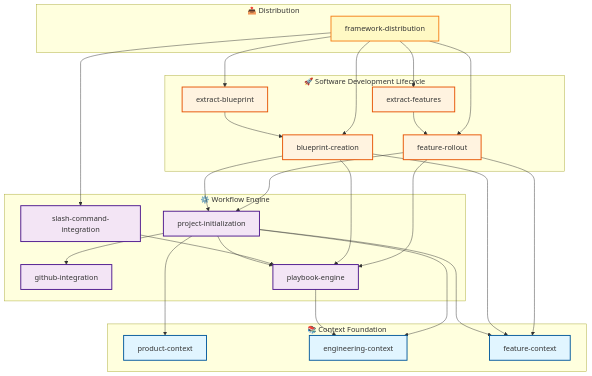
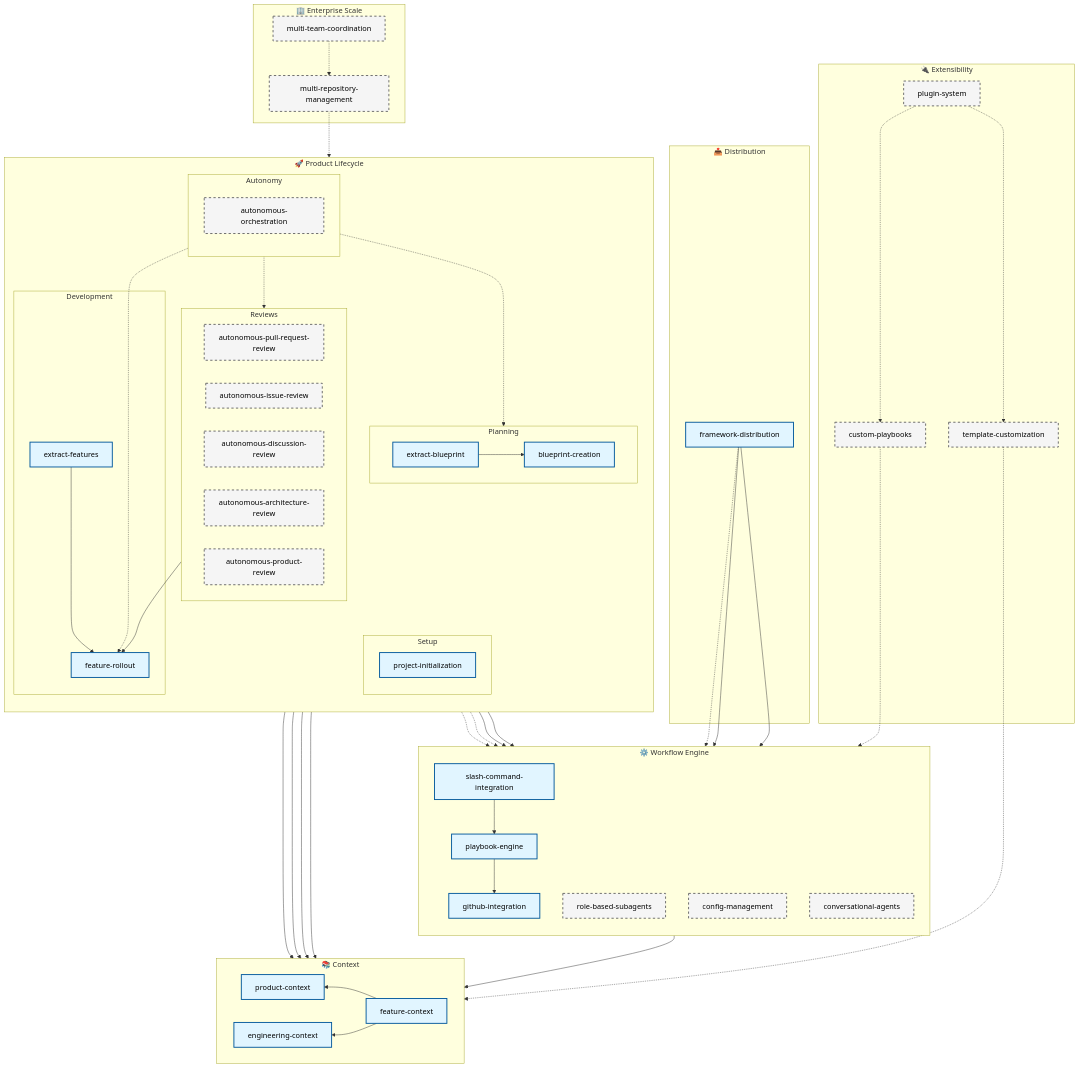
Before and after one commit to Xerilium/catalyst: the diagram in .xe/specs/blueprint/plan.md, drawn with Mermaid. The commit also changed other lines of this file and 3 other files, not shown here.

````diff
--- a/.xe/specs/blueprint/plan.md
+++ b/.xe/specs/blueprint/plan.md
@@ -334,63 +333,106 @@
 ```mermaid
-graph TD
-    %% Context Foundation - just templates
-    subgraph context["📚 Context Foundation"]
+graph TB
+    subgraph context["📚 Context"]
+        direction RL
         pc[product-context]
         ec[engineering-context]
         fc[feature-context]
+        fc --> pc
+        fc --> ec
     end
 
-    %% Workflow Engine - execution infrastructure + integrations
     subgraph engine["⚙️ Workflow Engine"]
+        direction TB
         gh[github-integration]
         pe[playbook-engine]
-        pi[project-initialization]
+        pe --> ec
+        pe --> gh
         sc[slash-command-integration]
+        sc --> pe
+        rbs[role-based-subagents]
+        cm[config-management]
+        ca[conversational-agents]
     end
 
-    %% Software Development Lifecycle - end-to-end product engineering
-    subgraph sdlc["🚀 Software Development Lifecycle"]
-        bc[blueprint-creation]
-        fr[feature-rollout]
-        ef[extract-features]
-        eb[extract-blueprint]
+    subgraph sdlc["🚀 Product Lifecycle"]
+        direction TB
+
+        subgraph planning["Planning"]
+            direction LR
+
+            bc[blueprint-creation]
+            bc --> fc
+            eb[extract-blueprint]
+            eb --> bc
+        end
+
+        subgraph reviews["Reviews"]
+            aprr[autonomous-pull-request-review]
+            air[autonomous-issue-review]
+            adr[autonomous-discussion-review]
+            aar[autonomous-architecture-review]
+            apr[autonomous-product-review]
+        end
+
+        subgraph development["Development"]
+            fr[feature-rollout]
+            fr --> fc
+            ef[extract-features]
+            ef --> fr
+        end
+
+        subgraph init["Setup"]
+            pi[project-initialization]
+            pi --> pc
+            pi --> ec
+            pi --> gh
+            pi --> pe
+        end
+
+        subgraph autonomy["Autonomy"]
+            direction TB
+            ao[autonomous-orchestration]
+            ao -.-> rbs
+            ao -.-> cm
+            ao -.-> bc
+        end
+        ao -.-> fr
+        ao -.-> reviews
+    end
+    reviews --> fr
+
+    subgraph dist["📤 Distribution"]
+        fd[framework-distribution]
+        fd --> sc
+        fd --> pe
+        fd -.-> rbs
     end
 
-    %% Distribution
-    subgraph dist["📤 Distribution"]
-        fd[framework-distribution]
+    subgraph extensibility["🔌 Extensibility"]
+        tc[template-customization]
+        cp[custom-playbooks]
+        cp -.-> pe
+        ps[plugin-system]
+        ps -.-> tc
+        ps -.-> cp
     end
 
-    %% Dependencies (arrows point TO what you need)
-    pe --> ec
-    pi --> pc
-    pi --> ec
-    pi --> fc
-    pi --> gh
-    pi --> pe
-    sc --> pe
-    bc --> pe
-    bc --> pi
-    bc --> fc
-    fr --> pe
-    fr --> pi
-    fr --> fc
-    ef --> fr
-    eb --> bc
-    fd --> sc
-    fd --> bc
-    fd --> fr
-    fd --> ef
-    fd --> eb
+    subgraph enterprise["🏢 Enterprise Scale"]
+        mrm[multi-repository-management]
+        mrm -.-> ao
+        mtc[multi-team-coordination]
+        mtc -.-> mrm
+    end
 
-    %% Styling
-    classDef contextStyle fill:#e1f5ff,stroke:#01579b,stroke-width:2px
-    classDef engineStyle fill:#f3e5f5,stroke:#4a148c,stroke-width:2px
-    classDef sdlcStyle fill:#fff3e0,stroke:#e65100,stroke-width:2px
-    classDef distStyle fill:#fff9c4,stroke:#f57f17,stroke-width:2px
+    tc -.-> context
 
-    class pc,ec,fc contextStyle
-    class gh,pe,pi,sc engineStyle
-    class bc,fr,ef,eb sdlcStyle
-    class fd distStyle
+    %% Styling - Phase 1 (solid outline)
+    classDef phase1Style fill:#e1f5ff,stroke:#01579b,stroke-width:2px,color:#000
+
+    %% Phase 2+ (dashed outline, lighter fill)
+    classDef phase2PlusStyle fill:#f5f5f5,stroke:#666,stroke-width:2px,stroke-dasharray: 5 5,color:#000
+
+    %% Apply styles
+    class pc,ec,fc,gh,pe,sc,pi,bc,fr,ef,eb,fd phase1Style
+    class tc,rbs,cm,cp,al,ca,ro,ao,apr,air,adr,aar,aprr,ps,mrm,mtc phase2PlusStyle
 ```
````
